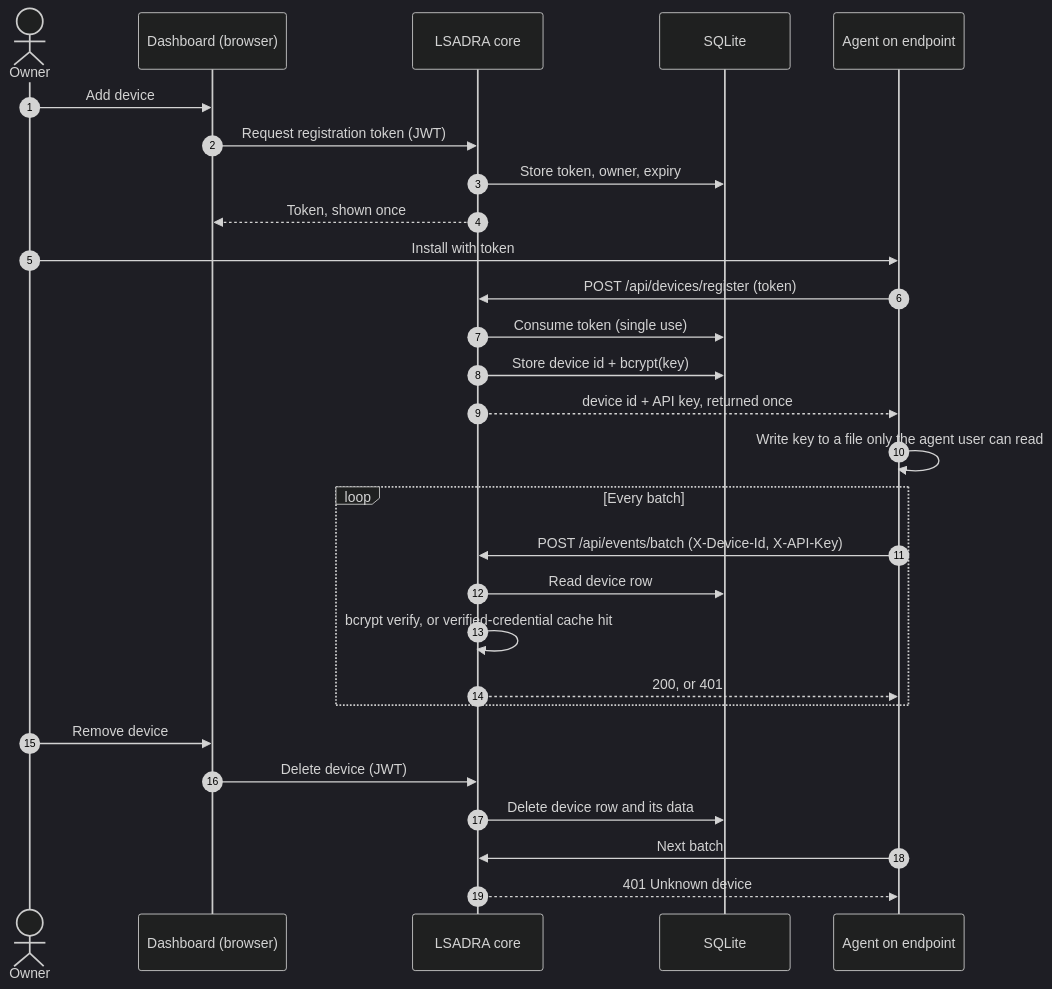
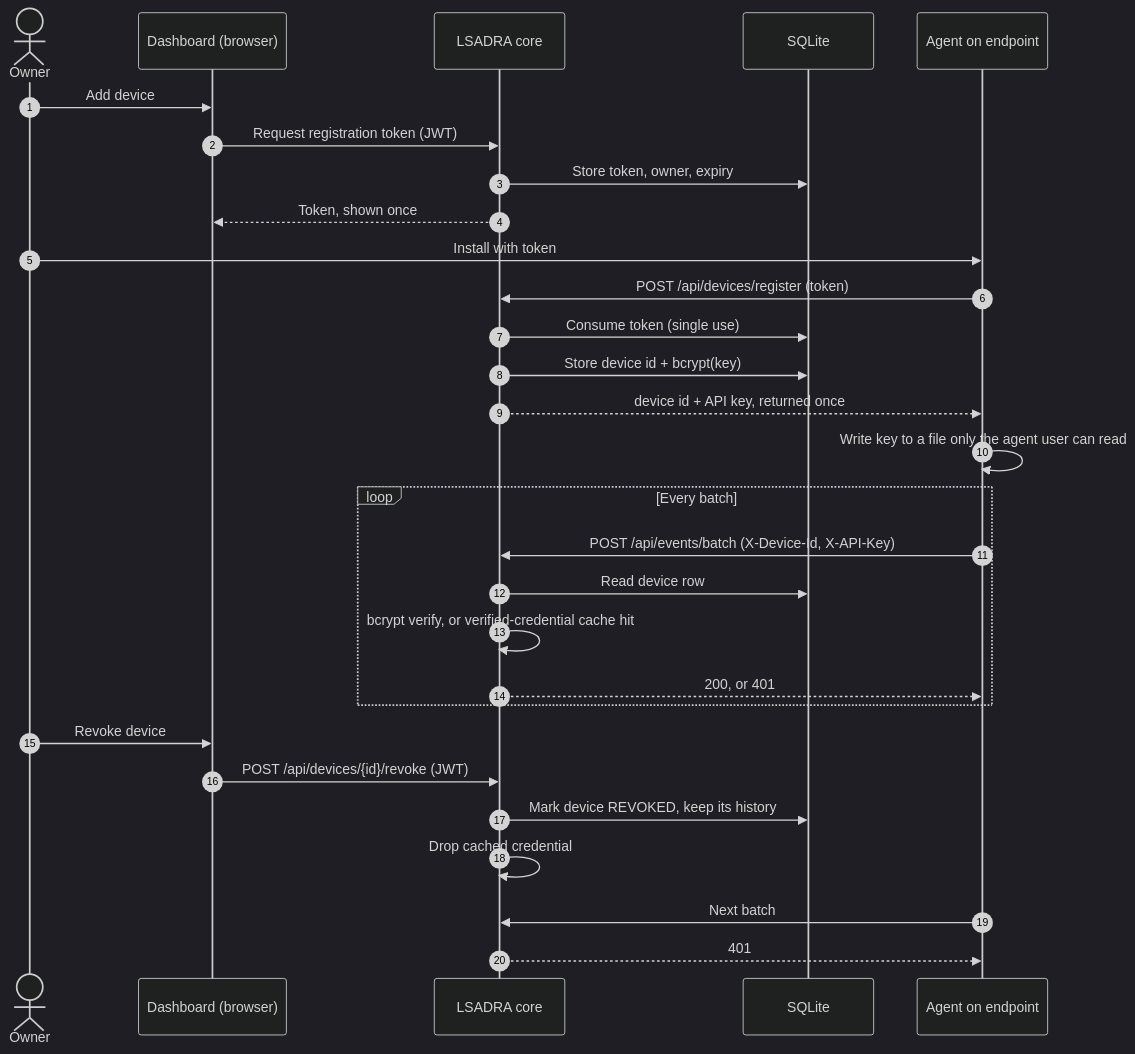
One commit to tsmanral/lsadra changed the diagram in docs/threat-models/agent-keys.md. Above: the diagram before and after it, drawn with Mermaid (dark theme). The commit also changed other lines of this file and 4 other files, not shown here.

````diff
--- a/docs/threat-models/agent-keys.md
+++ b/docs/threat-models/agent-keys.md
@@ -42,31 +43,32 @@
 ```mermaid
 sequenceDiagram
     autonumber
     actor Owner
     participant Dash as Dashboard (browser)
     participant Core as LSADRA core
     participant DB as SQLite
     participant Agent as Agent on endpoint
 
     Owner->>Dash: Add device
     Dash->>Core: Request registration token (JWT)
     Core->>DB: Store token, owner, expiry
     Core-->>Dash: Token, shown once
     Owner->>Agent: Install with token
     Agent->>Core: POST /api/devices/register (token)
     Core->>DB: Consume token (single use)
     Core->>DB: Store device id + bcrypt(key)
     Core-->>Agent: device id + API key, returned once
     Agent->>Agent: Write key to a file only the agent user can read
     loop Every batch
         Agent->>Core: POST /api/events/batch (X-Device-Id, X-API-Key)
         Core->>DB: Read device row
         Core->>Core: bcrypt verify, or verified-credential cache hit
         Core-->>Agent: 200, or 401
     end
-    Owner->>Dash: Remove device
-    Dash->>Core: Delete device (JWT)
-    Core->>DB: Delete device row and its data
+    Owner->>Dash: Revoke device
+    Dash->>Core: POST /api/devices/{id}/revoke (JWT)
+    Core->>DB: Mark device REVOKED, keep its history
+    Core->>Core: Drop cached credential
     Agent->>Core: Next batch
-    Core-->>Agent: 401 Unknown device
+    Core-->>Agent: 401
 ```
````
